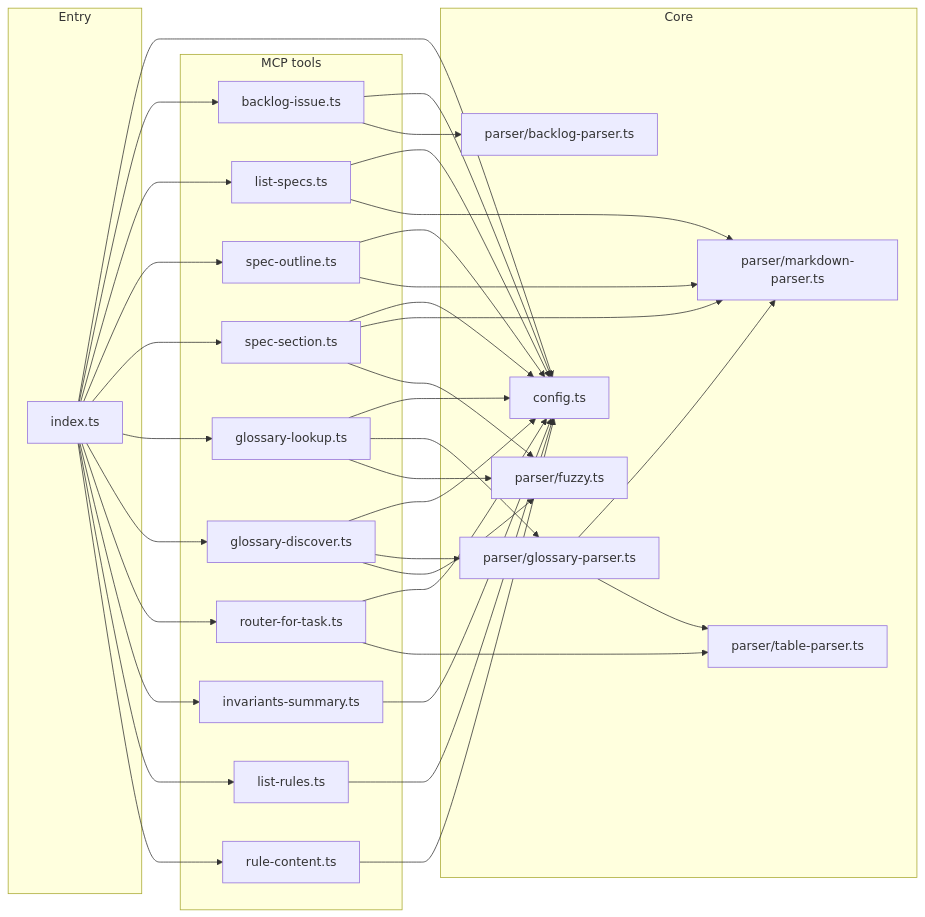
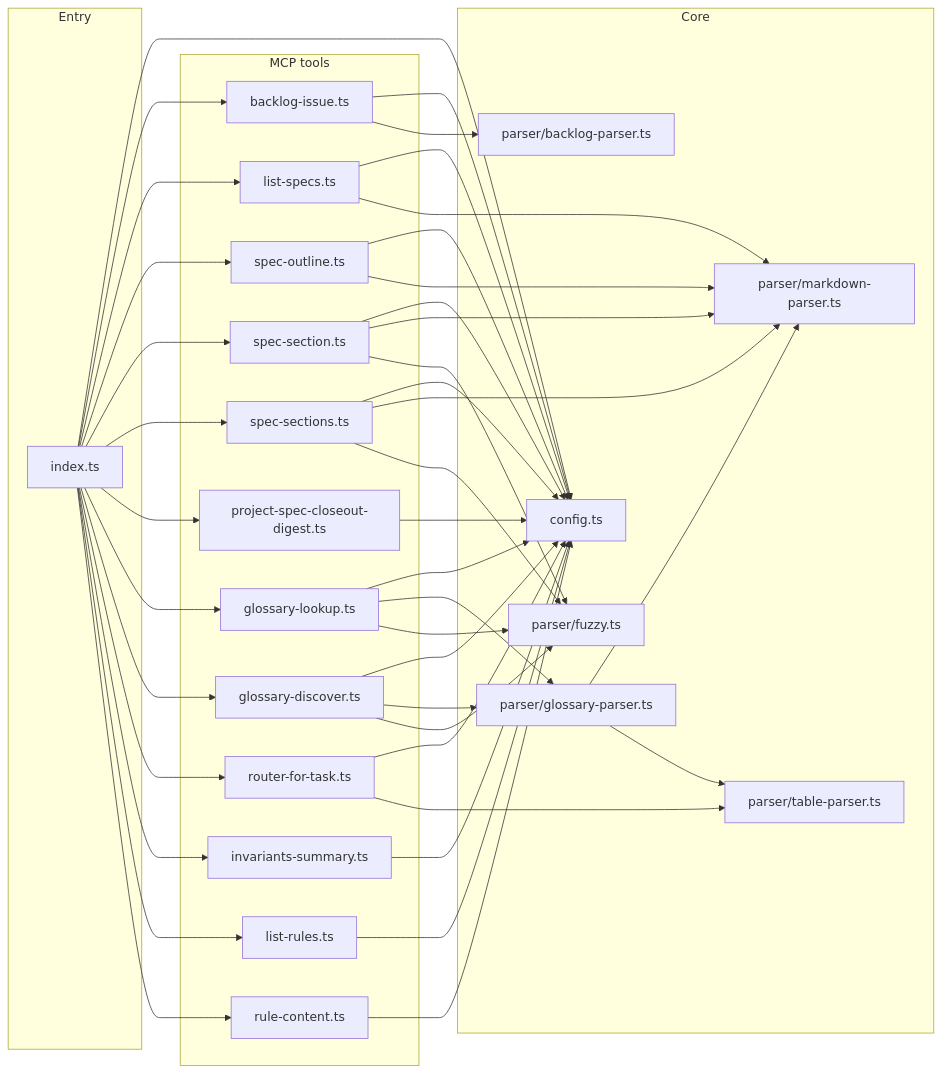
One commit to jiramos87/TerritoryDeveloper changed the diagram in tools/mcp-ia-server/README.md. Above: the diagram before and after it, drawn with Mermaid. The commit also changed other lines of this file and 67 other files, not shown here.

````diff
--- a/tools/mcp-ia-server/README.md
+++ b/tools/mcp-ia-server/README.md
@@ -74,59 +88,67 @@
 ```mermaid
 flowchart LR
   subgraph entry [Entry]
     IDX[index.ts]
   end
   subgraph core [Core]
     CFG[config.ts]
     PAR[parser/markdown-parser.ts]
     FZ[parser/fuzzy.ts]
     TP[parser/table-parser.ts]
     GP[parser/glossary-parser.ts]
     BKP[parser/backlog-parser.ts]
   end
   subgraph mcp [MCP tools]
     BI[backlog-issue.ts]
     LS[list-specs.ts]
     SO[spec-outline.ts]
     SS[spec-section.ts]
+    SSB[spec-sections.ts]
+    PSD[project-spec-closeout-digest.ts]
     GL[glossary-lookup.ts]
     GD[glossary-discover.ts]
     RF[router-for-task.ts]
     IS[invariants-summary.ts]
     LR[list-rules.ts]
     RC[rule-content.ts]
   end
   IDX --> CFG
   IDX --> BI
   IDX --> LS
   IDX --> SO
   IDX --> SS
+  IDX --> SSB
+  IDX --> PSD
   IDX --> GL
   IDX --> GD
   IDX --> RF
   IDX --> IS
   IDX --> LR
   IDX --> RC
   LS --> CFG
   LS --> PAR
   SO --> CFG
   SO --> PAR
   SS --> CFG
   SS --> PAR
   SS --> FZ
+  SSB --> CFG
+  SSB --> PAR
+  SSB --> FZ
+  PSD --> CFG
   GL --> CFG
   GL --> GP
   GL --> FZ
   GD --> CFG
   GD --> GP
   GD --> FZ
   RF --> CFG
   RF --> TP
   IS --> CFG
   LR --> CFG
   RC --> CFG
   BI --> CFG
   BI --> BKP
   GP --> PAR
   GP --> TP
 ```
````
